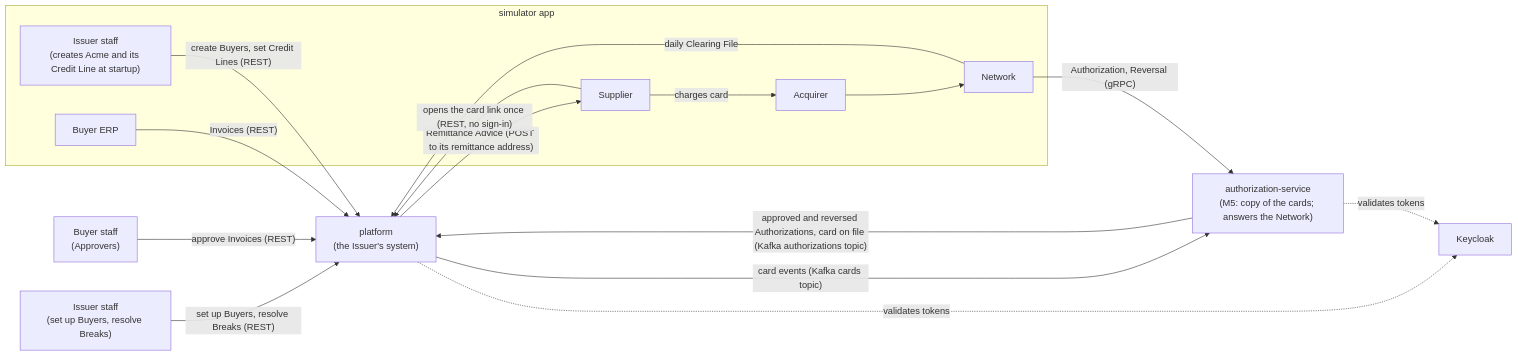
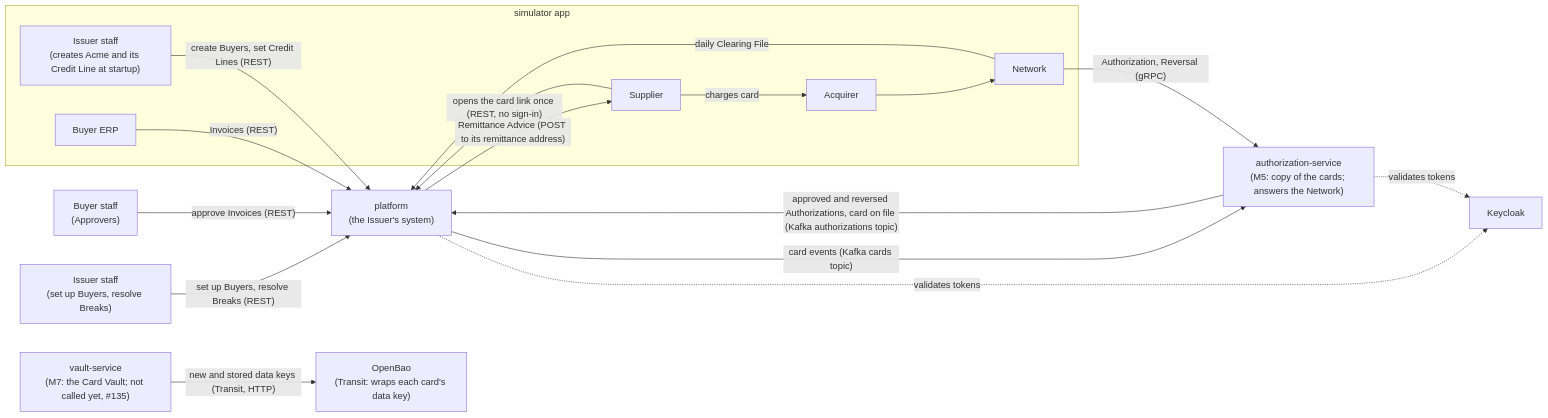
One commit to rgonzal92/b2b-payments-platform changed the first of 15 diagrams in docs/architecture.md. Above: the diagram before and after it, drawn with Mermaid. The commit also changed other lines of this file and 2 other files, not shown here.

Commit message:
docs: vault-service's ports and OpenBao in the README, the system context and the unwiped key copies

````diff
--- a/docs/architecture.md
+++ b/docs/architecture.md
@@ -9,30 +9,33 @@
 ```mermaid
 flowchart LR
   buyerStaff["Buyer staff<br/>(Approvers)"]
   issuerStaff["Issuer staff<br/>(set up Buyers, resolve Breaks)"]
   subgraph sim["simulator app"]
     simIssuer["Issuer staff<br/>(creates Acme and its Credit Line at startup)"]
     erp["Buyer ERP"]
     supplier["Supplier"]
     acquirer["Acquirer"]
     network["Network"]
   end
   platform["platform<br/>(the Issuer's system)"]
   authz["authorization-service<br/>(M5: copy of the cards; answers the Network)"]
   keycloak["Keycloak"]
+  vault["vault-service<br/>(M7: the Card Vault; not called yet, #135)"]
+  openbao["OpenBao<br/>(Transit: wraps each card's data key)"]
 
   simIssuer -- "create Buyers, set Credit Lines (REST)" --> platform
   erp -- "Invoices (REST)" --> platform
   buyerStaff -- "approve Invoices (REST)" --> platform
   issuerStaff -- "set up Buyers, resolve Breaks (REST)" --> platform
   platform -- "Remittance Advice (POST to its remittance address)" --> supplier
   supplier -- "opens the card link once (REST, no sign-in)" --> platform
   supplier -- "charges card" --> acquirer
   acquirer --> network
   network -- "Authorization, Reversal (gRPC)" --> authz
   network -- "daily Clearing File" --> platform
   platform -. "validates tokens" .-> keycloak
   authz -. "validates tokens" .-> keycloak
   platform -- "card events (Kafka cards topic)" --> authz
   authz -- "approved and reversed Authorizations, card on file (Kafka authorizations topic)" --> platform
+  vault -- "new and stored data keys (Transit, HTTP)" --> openbao
 ```
````
